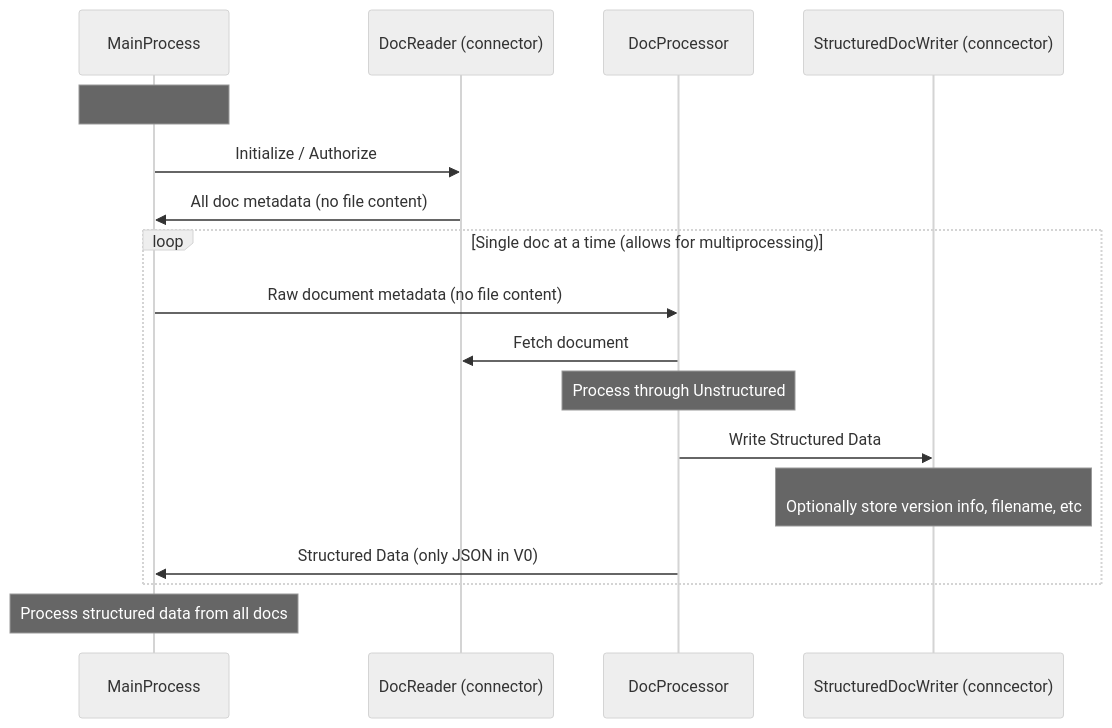
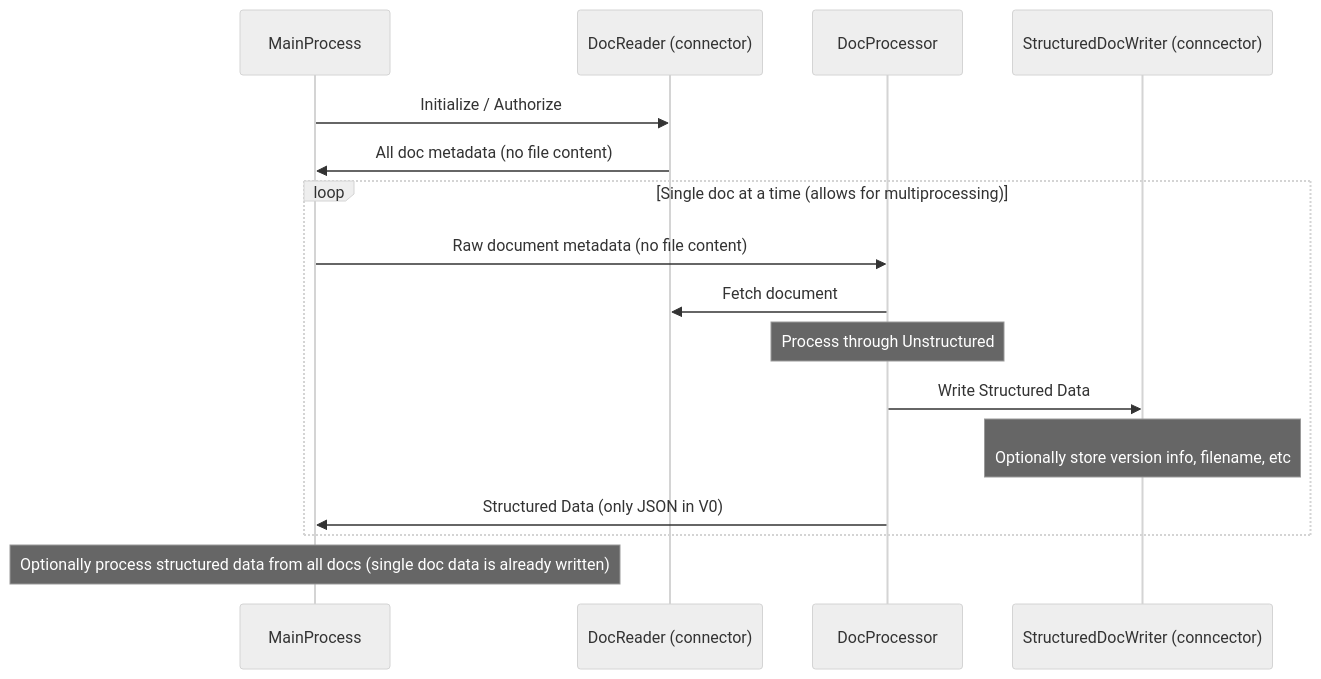
One commit to cragwolfe/unstructured-ingest changed the diagram in README.md. Above: the diagram before and after it, drawn with Mermaid (neutral theme).

````diff
--- a/README.md
+++ b/README.md
@@ -12,19 +12,18 @@
 ```mermaid
 sequenceDiagram
     participant MainProcess
     participant DocReader (connector)
     participant DocProcessor
     participant StructuredDocWriter (conncector)
-    Note over MainProcess: 
     MainProcess->>DocReader (connector): Initialize / Authorize
     DocReader (connector)->>MainProcess: All doc metadata (no file content)
     loop Single doc at a time (allows for multiprocessing)
     MainProcess->>DocProcessor: Raw document metadata (no file content)
     DocProcessor->>DocReader (connector): Fetch document
     Note over DocProcessor: Process through Unstructured
     DocProcessor->>StructuredDocWriter (conncector): Write Structured Data
     Note over StructuredDocWriter (conncector): <br /> Optionally store version info, filename, etc
     DocProcessor->>MainProcess: Structured Data (only JSON in V0)
     end
-    Note over MainProcess: Process structured data from all docs
+    Note over MainProcess: Optionally process structured data from all docs (single doc data is already written)
 ```
````
